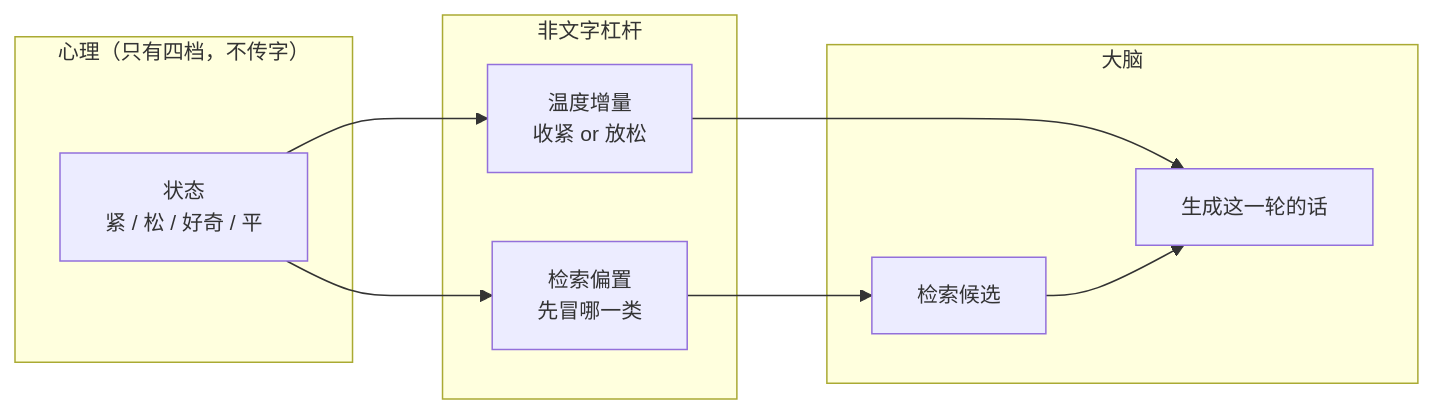
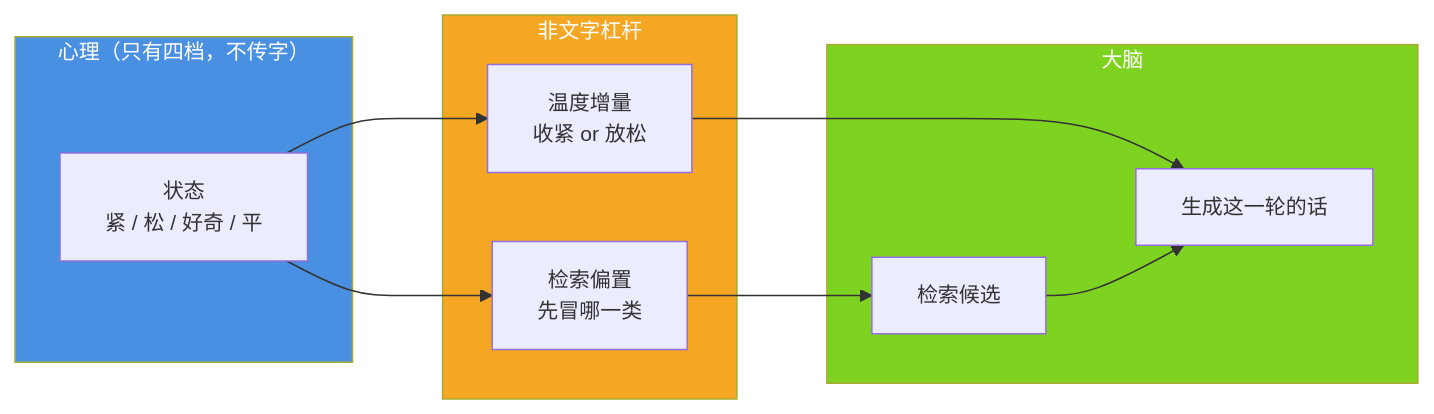
Before and after one commit to jiangchuangege/xiaojiao-harnees: the first of 2 diagrams in docs/psyche-layer.md, drawn with Mermaid. The commit also changed other lines of this file and 32 other files, not shown here.

Commit message:
统一：全仓原理图配色到一套调色板 + 给 12 张灰图补色 + 修正自己会睡那张过期图

````diff
--- a/docs/psyche-layer.md
+++ b/docs/psyche-layer.md
@@ -38,18 +38,22 @@
 ```mermaid
 %%{init: {"themeVariables": {"fontSize": "14px"}, "flowchart": {"htmlLabels": true, "wrappingWidth": 340, "nodeSpacing": 46, "rankSpacing": 60, "useMaxWidth": true}}}%%
 flowchart LR
     subgraph P["心理（只有四档，不传字）"]
         ST["状态<br/>紧 / 松 / 好奇 / 平"]
     end
     subgraph L["非文字杠杆"]
         K["检索偏置<br/>先冒哪一类"]
         T["温度增量<br/>收紧 or 放松"]
     end
     subgraph B["大脑"]
         R["检索候选"]
         G["生成这一轮的话"]
     end
     ST --> K --> R
     ST --> T --> G
     R --> G
+    style P fill:#4A90E2,color:#fff
+    style L fill:#F5A623,color:#fff
+    style B fill:#7ED321,color:#fff
+
 ```
````
